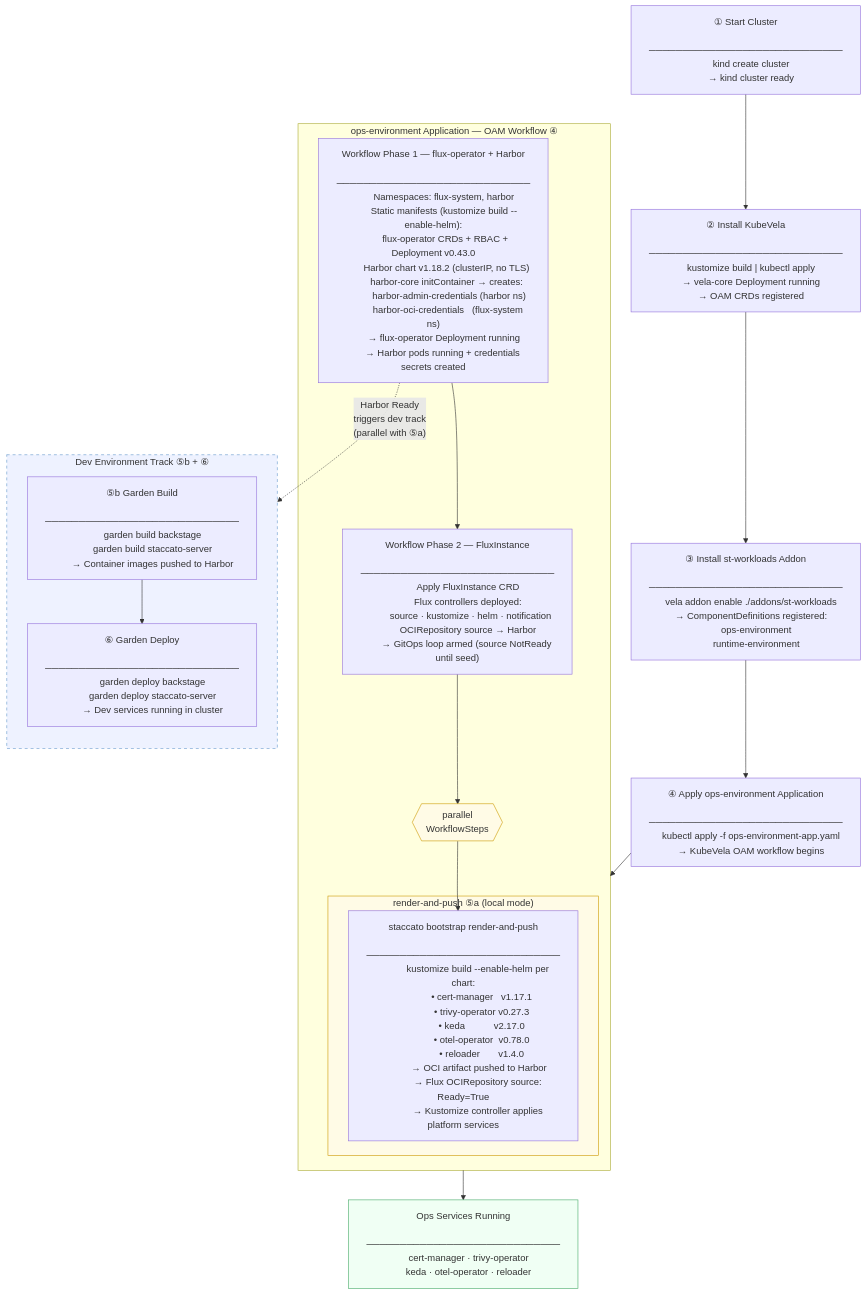
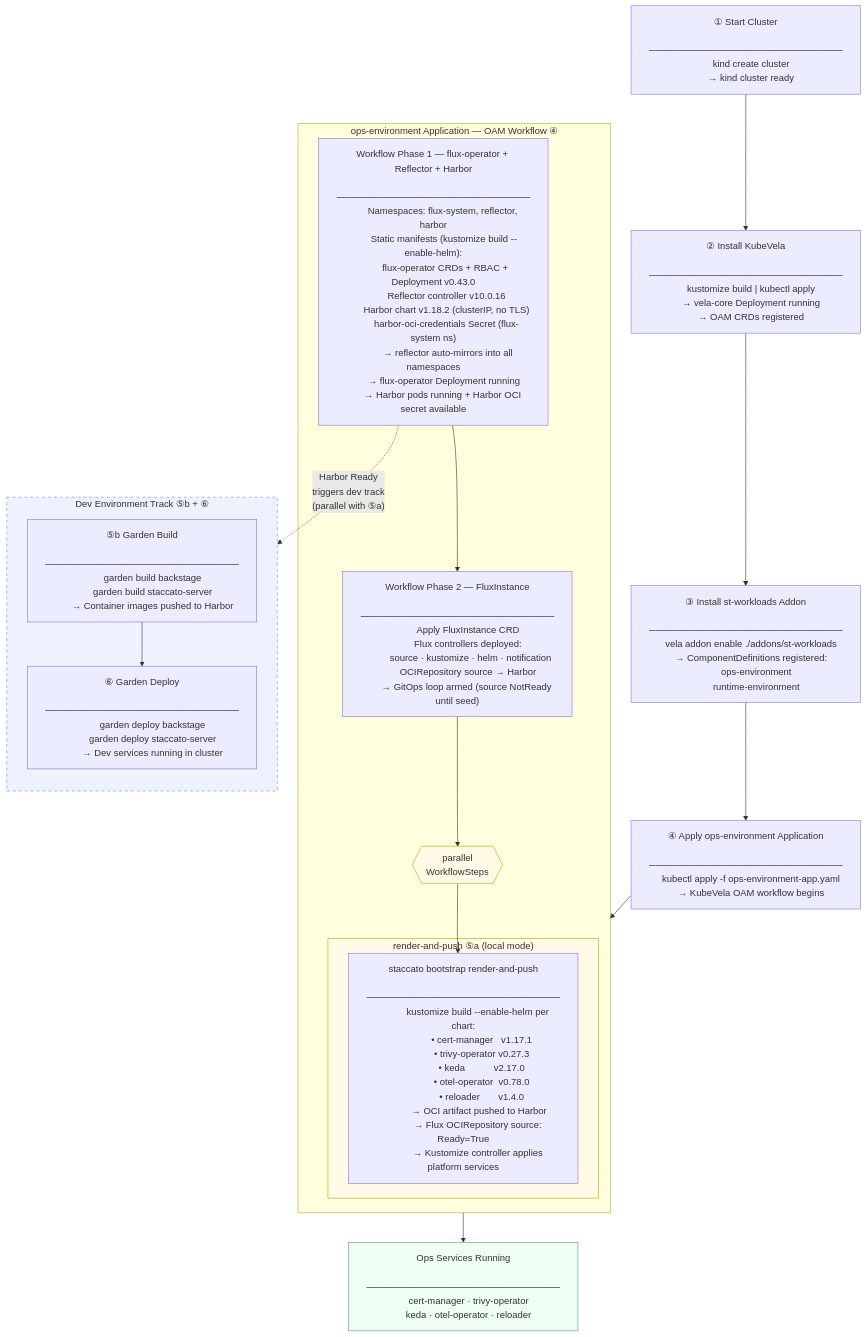
One commit to em-jones/staccato-toolkit changed the diagram in src/staccato-toolkit/orchestration_init.md. Above: the diagram before and after it, drawn with Mermaid. The commit also changed other lines of this file and 30 other files, not shown here.

```diff
--- a/src/staccato-toolkit/orchestration_init.md
+++ b/src/staccato-toolkit/orchestration_init.md
@@ -39,17 +39,17 @@
 
     subgraph OAM["ops-environment Application — OAM Workflow  ④"]
 
-        W1["Workflow Phase 1 — flux-operator + Harbor
+        W1["Workflow Phase 1 — flux-operator + Reflector + Harbor
         ─────────────────────────────
-        Namespaces: flux-system, harbor
+        Namespaces: flux-system, reflector, harbor
         Static manifests (kustomize build --enable-helm):
           flux-operator CRDs + RBAC + Deployment v0.43.0
+          Reflector controller v10.0.16
           Harbor chart v1.18.2 (clusterIP, no TLS)
-          harbor-core initContainer → creates:
-            harbor-admin-credentials (harbor ns)
-            harbor-oci-credentials   (flux-system ns)
+          harbor-oci-credentials Secret (flux-system ns)
+            → reflector auto-mirrors into all namespaces
         → flux-operator Deployment running
-        → Harbor pods running + credentials secrets created"]
+        → Harbor pods running + Harbor OCI secret available"]
         --> W2
 
         W2["Workflow Phase 2 — FluxInstance
```
